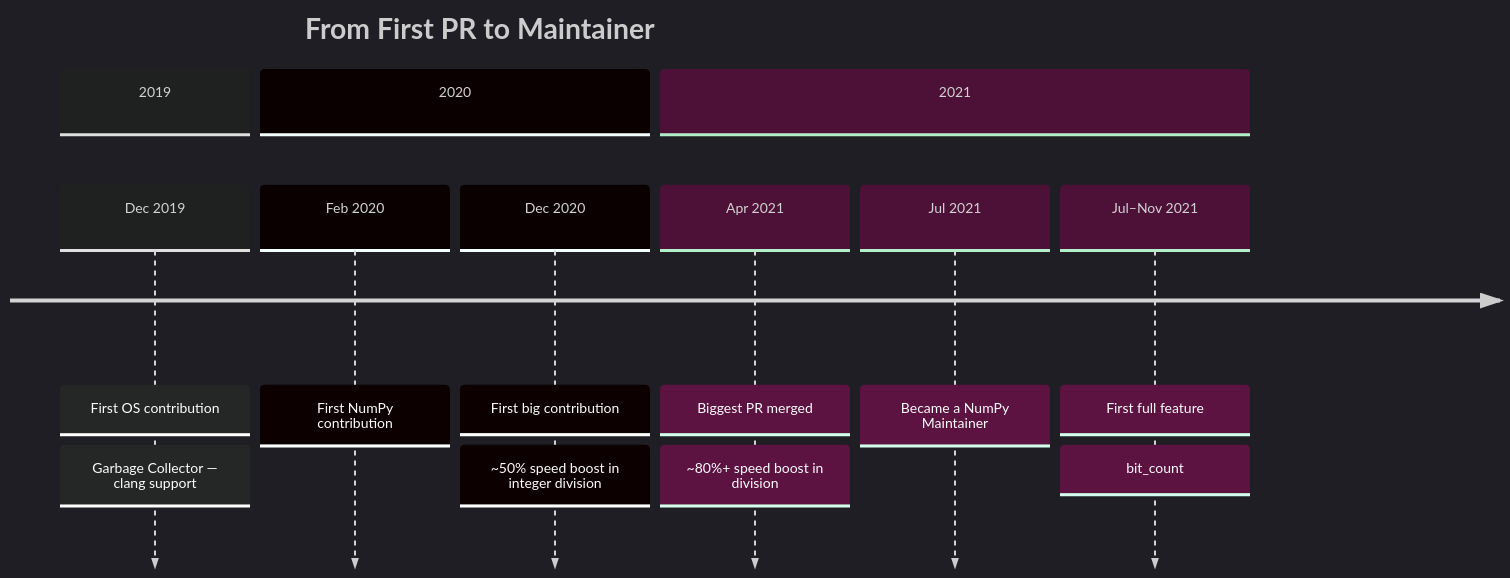
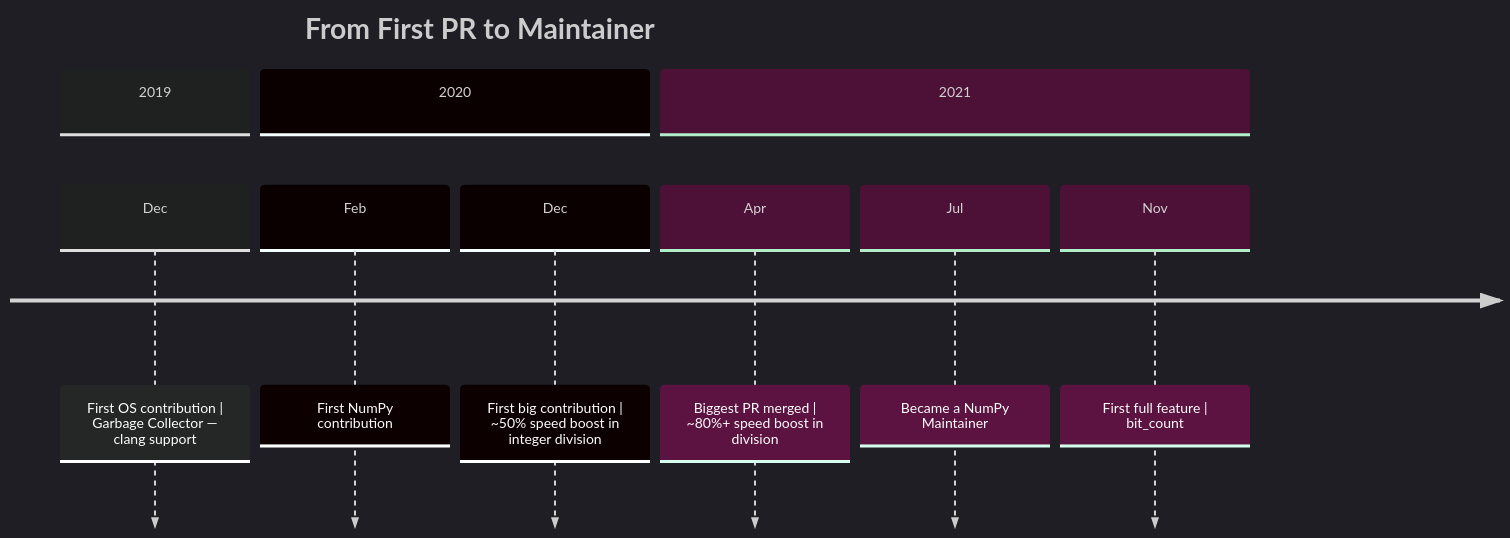
Before and after one commit to ganesh-k13/scipy-india-2026-talk: the diagram in slides.qmd, drawn with Mermaid. The commit also changed other lines of this file and 1 other file, not shown here.

````diff
--- a/slides.qmd
+++ b/slides.qmd
@@ -35,18 +35,14 @@
 ```{mermaid}
 %%{init: {'theme': 'dark', 'themeVariables': {'fontSize': '14px'}}}%%
 timeline
     title From First PR to Maintainer
     section 2019
-        Dec 2019 : First OS contribution
-                  : Garbage Collector — clang support
+        Dec : First OS contribution | Garbage Collector — clang support
     section 2020
-        Feb 2020 : First NumPy contribution
-        Dec 2020 : First big contribution
-                  : ~50% speed boost in integer division
+        Feb : First NumPy contribution
+        Dec : First big contribution | ~50% speed boost in integer division
     section 2021
-        Apr 2021 : Biggest PR merged
-                  : ~80%+ speed boost in division
-        Jul 2021 : Became a NumPy Maintainer
-        Jul–Nov 2021 : First full feature
-                      : bit_count
+        Apr : Biggest PR merged | ~80%+ speed boost in division
+        Jul : Became a NumPy Maintainer
+        Nov : First full feature | bit_count
 ```
````
